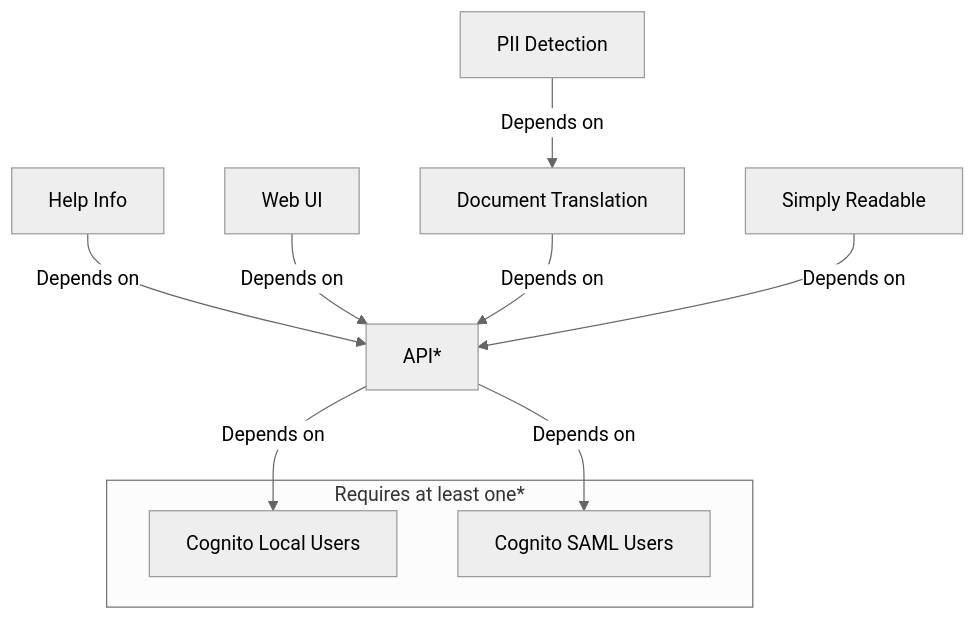
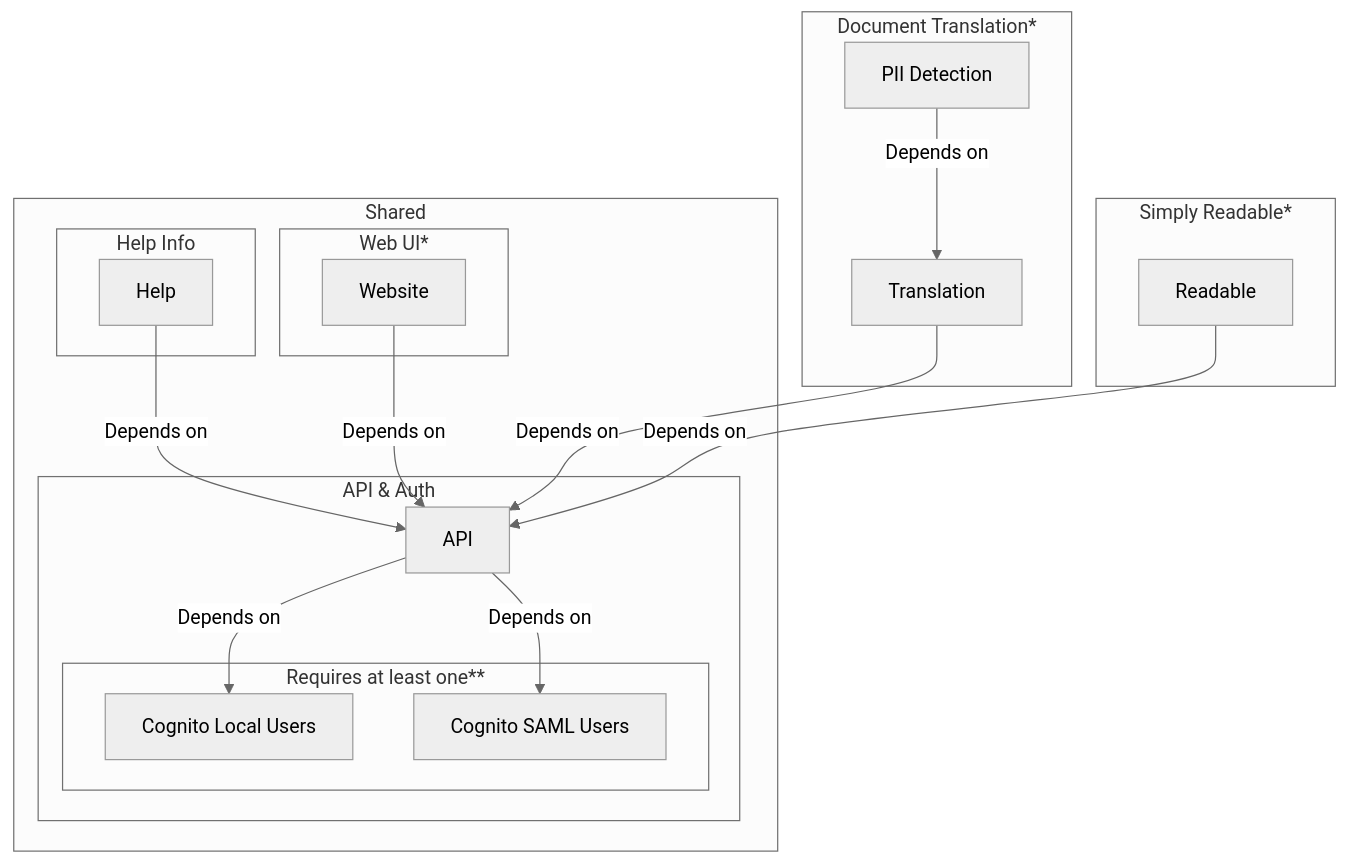
The diagram in docs/content/docs/architecture/_index.md (aws-samples/document-translation), drawn with Mermaid (neutral theme) before and after one commit. The commit also changed other lines of this file, not shown here.

Commit message:
Improve architecture overview

````diff
--- a/docs/content/docs/architecture/_index.md
+++ b/docs/content/docs/architecture/_index.md
@@ -22,27 +31,49 @@
 ```mermaid
 flowchart TD
     %% NODES
     cognitoLocal["Cognito Local Users"]
     cognitoSaml["Cognito SAML Users"]
-    api["API*"]
-    help["Help Info"]
-    web["Web UI"]
-    dt["Document Translation"]
+    api["API"]
+    help["Help"]
+    web["Website"]
+    dt["Translation"]
     dtPii["PII Detection"]
-    sr["Simply Readable"]
+    sr["Readable"]
 
     %% LINKS
     help   -- Depends on --> api
     web   -- Depends on --> api
     dtPii -- Depends on --> dt -- Depends on --> api
     sr    -- Depends on --> api
 
     api   -- Depends on --> cognitoLocal
     api   -- Depends on --> cognitoSaml
 
     %% GROUPS
-    subgraph Requires at least one*
-        cognitoLocal
-        cognitoSaml
+    subgraph Document Translation*
+      dt
+      dtPii
+    end
+
+    subgraph Simply Readable*
+      sr
+    end
+
+    subgraph Shared
+      subgraph Help Info
+        help
+      end
+      subgraph Web UI*
+        web
+      end
+
+      subgraph API & Auth
+        api
+
+        subgraph Requires at least one**
+            cognitoLocal
+            cognitoSaml
+        end
+      end
     end
 ```
````
